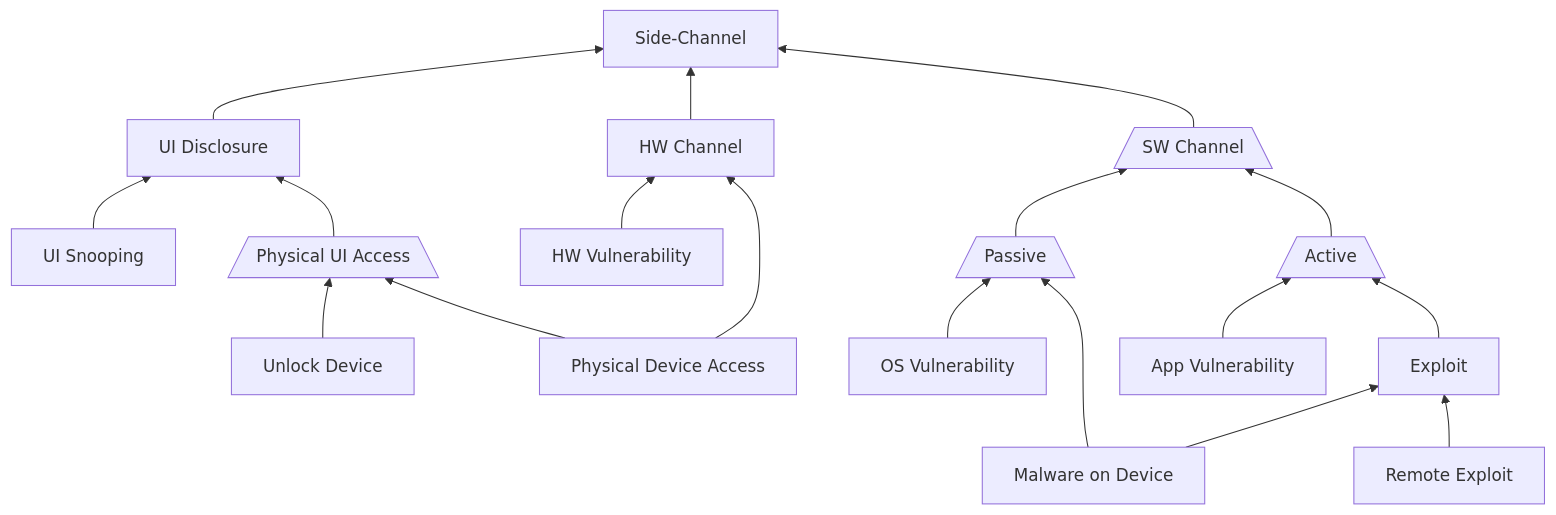
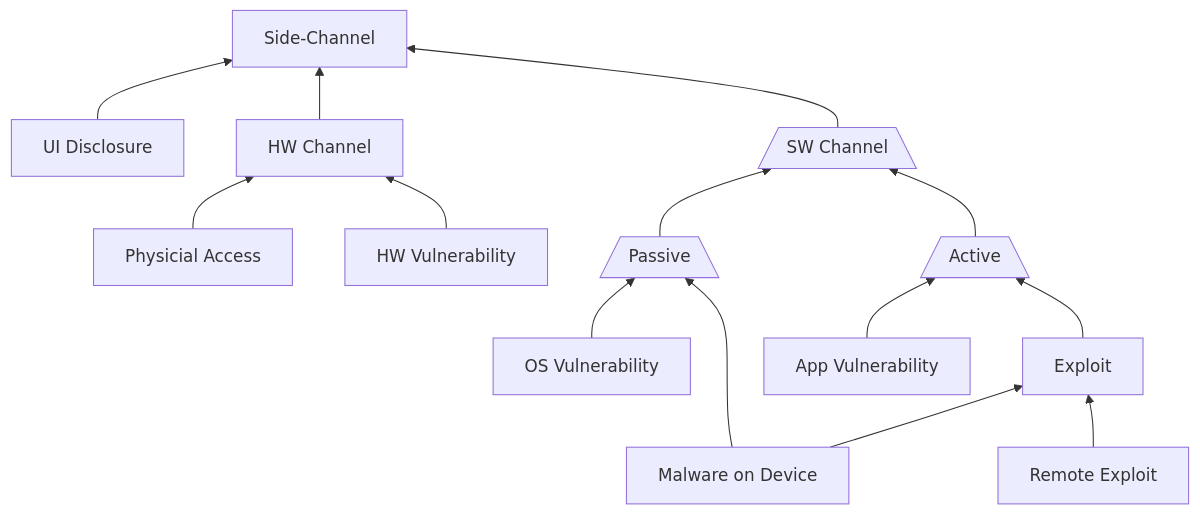
Before and after one commit to sealvault/sealvault: the third of 6 diagrams in website/src/dev-docs/design/attack-tree.md, drawn with Mermaid. The commit also changed other lines of this file and 8 other files, not shown here.

````diff
--- a/website/src/dev-docs/design/attack-tree.md
+++ b/website/src/dev-docs/design/attack-tree.md
@@ -180,55 +180,43 @@
 ```mermaid
 flowchart BT
 
   ui_disclosure[UI Disclosure]
   --> side_channel[Side-Channel]
 
-  ui_snooping[UI Snooping]
-  --> ui_disclosure
-
-  ui_access[/Physical UI Access\]
-  --> ui_disclosure
-
-  unlock[Unlock Device]
-  --> ui_access
-
-  physical_access[Physical Device Access]
-  --> ui_access
-
   hw_channel[HW Channel]
   --> side_channel
 
-  physical_access
+  physical_access[Physicial Access]
   --> hw_channel
 
   hw_vulnerability[HW Vulnerability]
   --> hw_channel
 
   sw_channel[/SW Channel\]
   --> side_channel
 
   passive_sw_channel[/Passive\]
   --> sw_channel
 
   active_sw_channel[/Active\]
   --> sw_channel
 
   os_vuln[OS Vulnerability]
   --> passive_sw_channel
 
   malware[Malware on Device]
   --> passive_sw_channel
 
   exploit[Exploit]
   --> active_sw_channel
 
   remote_attack[Remote Exploit]
   --> exploit
 
   malware
   --> exploit
 
   app_vuln[App Vulnerability]
   --> active_sw_channel
 
 ```
````
